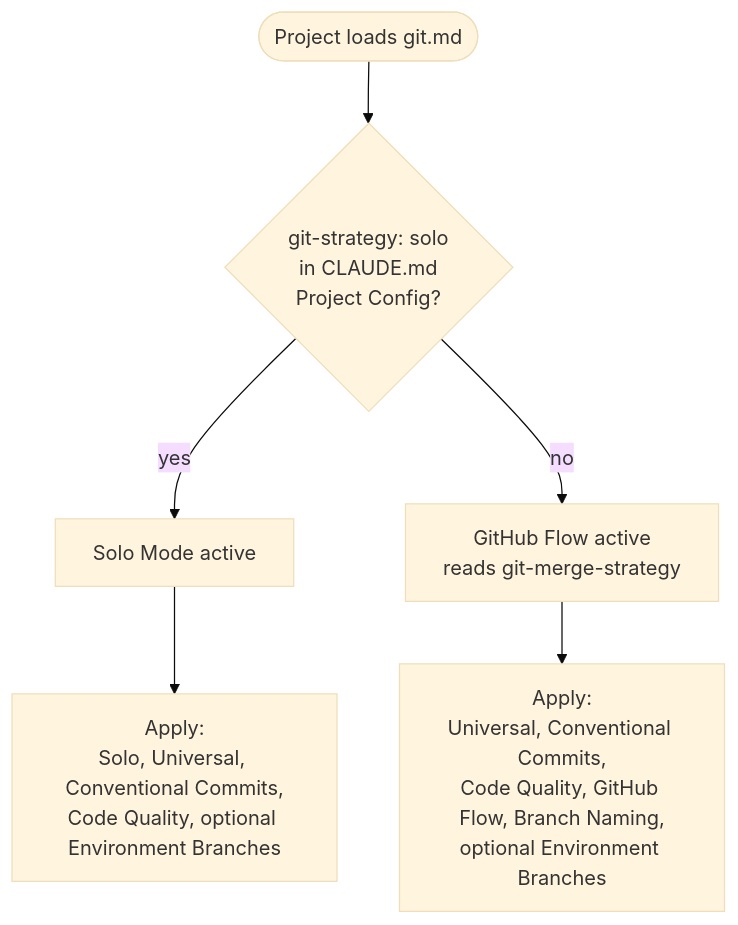
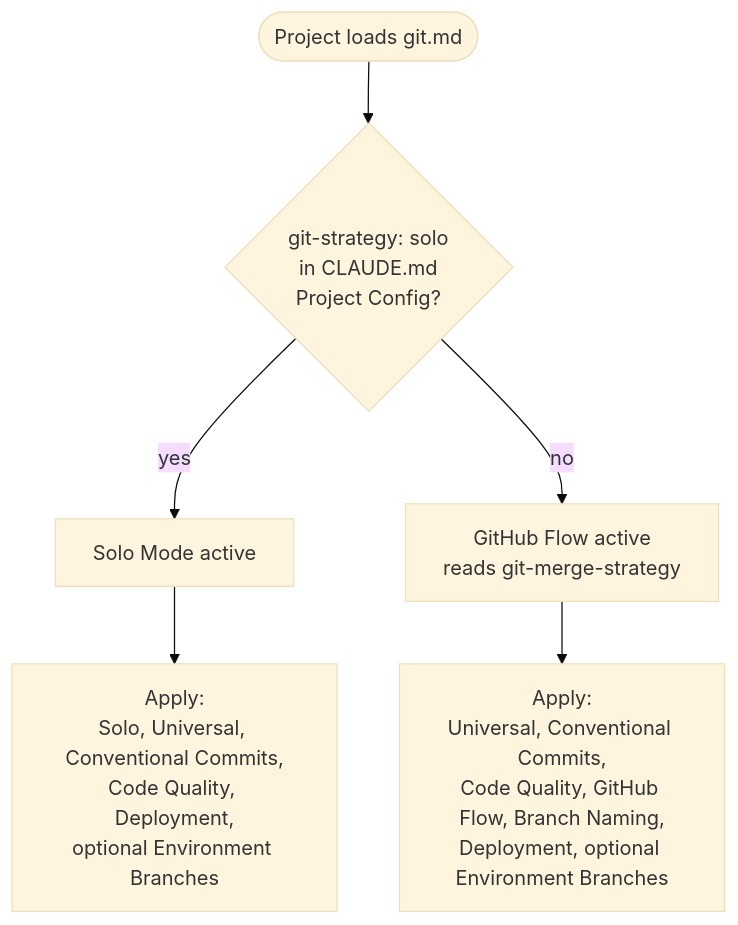
One commit to myowinthein/agent-helm changed the diagram in docs/rules/git.md. Above: the diagram before and after it, drawn with Mermaid (base theme). The commit also changed other lines of this file and 1 other file, not shown here.

Commit message:
refactor(git): extract Deployment as strategy-independent section
Deployment triggers (CI-on-push, CI-on-tag via /ship) apply under both
Solo Mode and GitHub Flow, but were nested inside GitHub Flow — which
Solo Mode tells readers to skip entirely. Move to a top-level section
beside Environment Branches so solo projects see the deploy rules too.

````diff
--- a/docs/rules/git.md
+++ b/docs/rules/git.md
@@ -13,9 +13,9 @@
 ```mermaid
 flowchart TD
   Start([Project loads git.md]) --> Check{git-strategy: solo<br/>in CLAUDE.md<br/>Project Config?}
   Check -->|yes| Solo[Solo Mode active]
   Check -->|no| Flow[GitHub Flow active<br/>reads git-merge-strategy]
 
-  Solo --> Sections1[Apply:<br/>Solo, Universal, Conventional Commits,<br/>Code Quality, optional Environment Branches]
-  Flow --> Sections2[Apply:<br/>Universal, Conventional Commits,<br/>Code Quality, GitHub Flow, Branch Naming,<br/>optional Environment Branches]
+  Solo --> Sections1[Apply:<br/>Solo, Universal, Conventional Commits,<br/>Code Quality, Deployment,<br/>optional Environment Branches]
+  Flow --> Sections2[Apply:<br/>Universal, Conventional Commits,<br/>Code Quality, GitHub Flow, Branch Naming,<br/>Deployment, optional Environment Branches]
 ```
````
